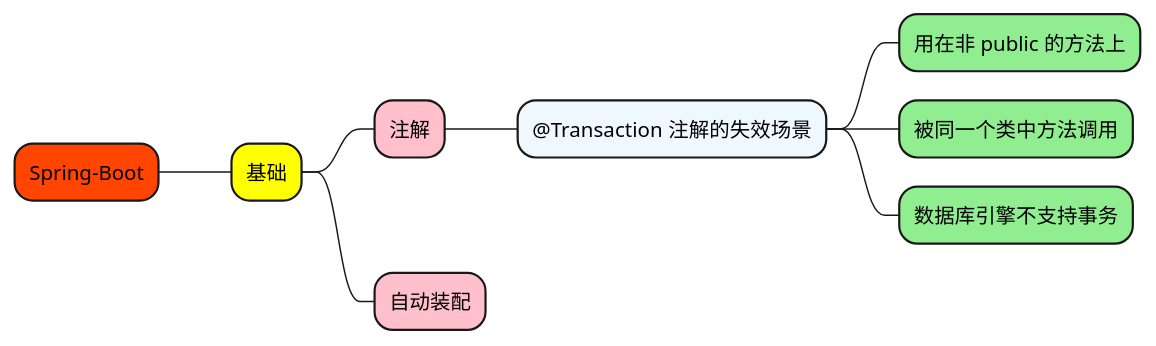
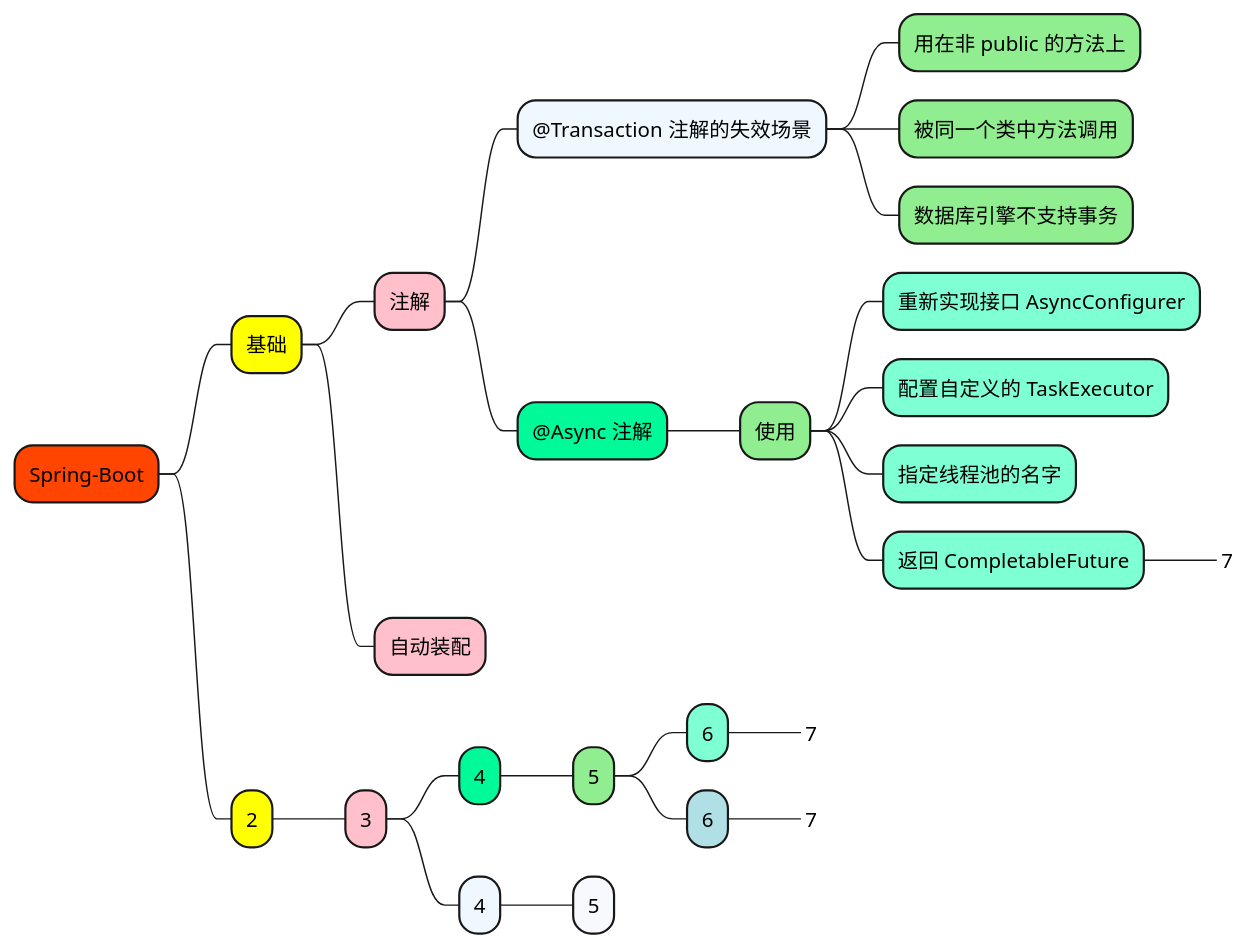
One commit to doveg/self-cultivation-of-a-software-engineer changed the diagram in 1_map/2-framework/Spring-Boot.puml. Above: the diagram before and after it, drawn with PlantUML. The commit also changed 5 other files, not shown here.

```diff
--- a/1_map/2-framework/Spring-Boot.puml
+++ b/1_map/2-framework/Spring-Boot.puml
@@ -1,17 +1,40 @@
 @startmindmap
 
 +[#OrangeRed] Spring-Boot
 
 ++[#yellow] 基础
 
 +++[#Pink] 注解
+
 ++++[#AliceBlue] @Transaction 注解的失效场景
 +++++[#LightGreen] 用在非 public 的方法上
 +++++[#LightGreen] 被同一个类中方法调用
 +++++[#LightGreen] 数据库引擎不支持事务
 
+++++[#MediumSpringGreen] @Async 注解
++++++[#LightGreen] 使用
+++++++[#Aquamarine] 重新实现接口 AsyncConfigurer
+++++++[#Aquamarine] 配置自定义的 TaskExecutor
+++++++[#Aquamarine] 指定线程池的名字
+++++++[#Aquamarine] 返回 CompletableFuture
++++++++[#Aquamarine]_ 7
+
+
 +++[#Pink] 自动装配
 
 
+++[#yellow] 2
+
++++[#Pink] 3
+
+++++[#MediumSpringGreen] 4
++++++[#LightGreen] 5
+++++++[#Aquamarine] 6
++++++++[#Aquamarine]_ 7
+++++++[#PowderBlue] 6
++++++++[#PowderBlue]_ 7
+++++[#AliceBlue] 4
++++++[#GhostWhite] 5
+
 
 @endmindmap
```
